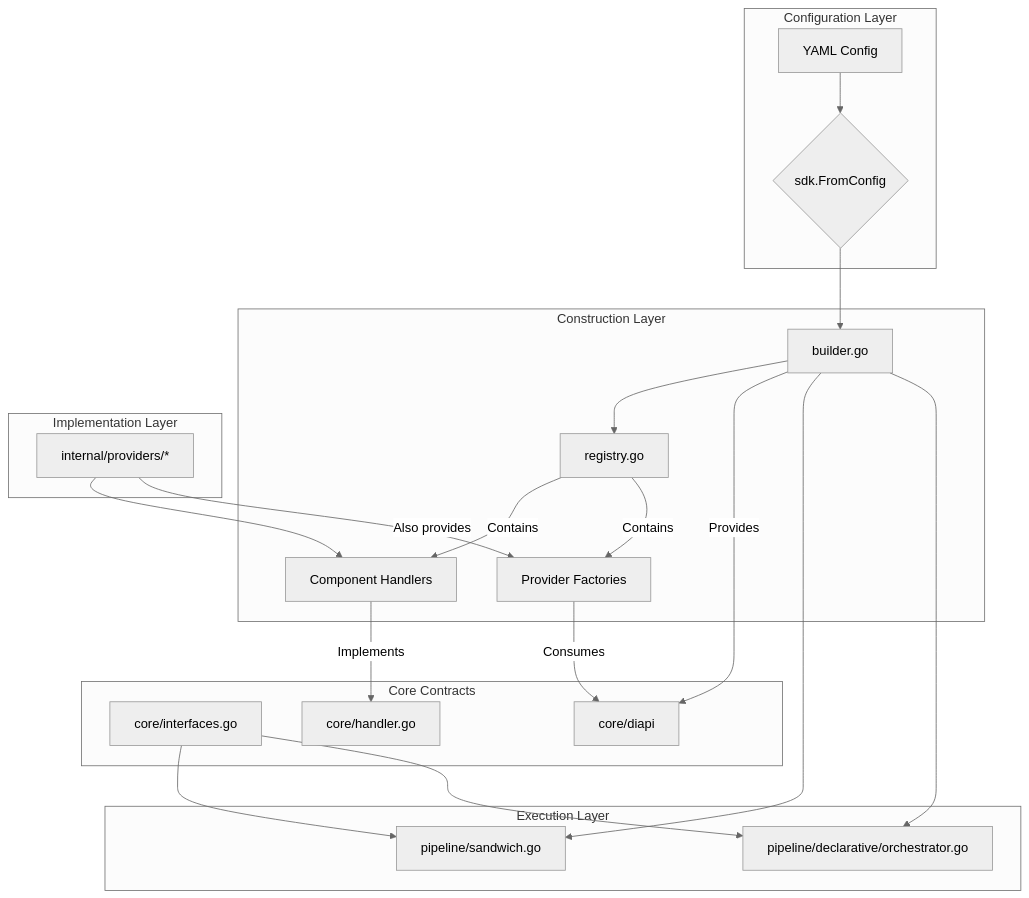
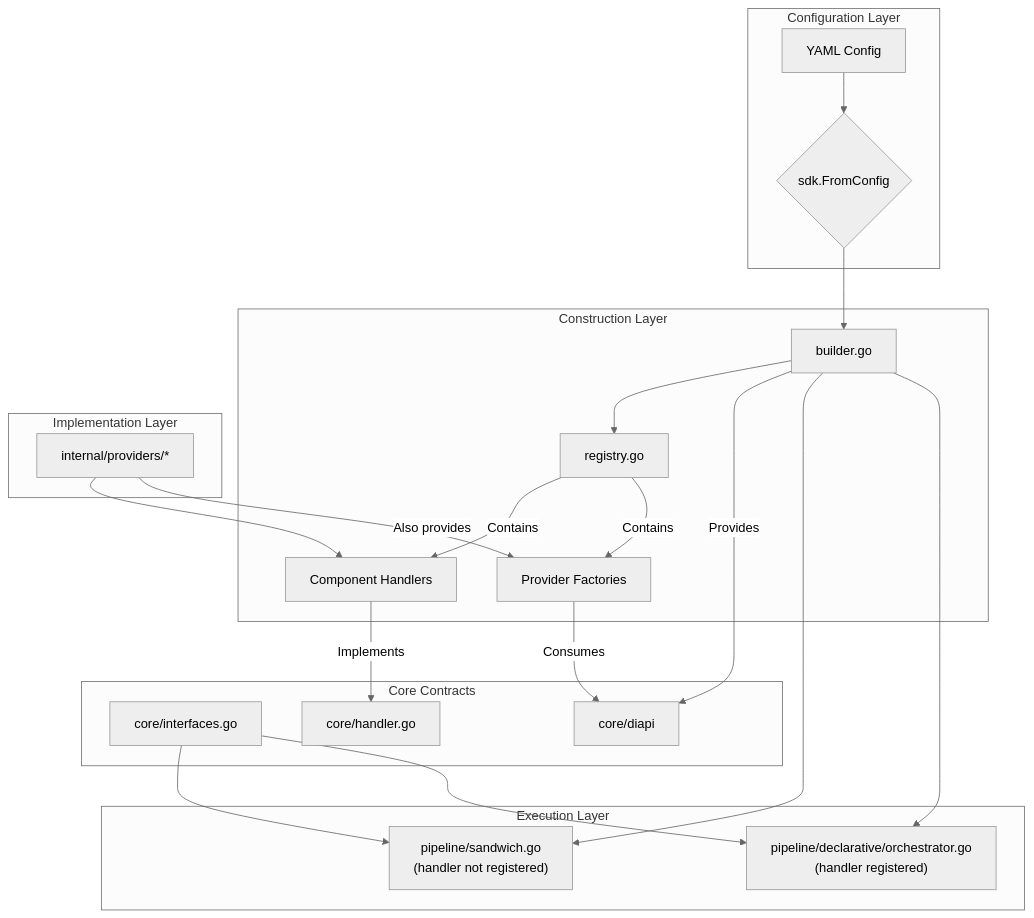
One commit to duynguyendang/manglekit changed the first of 2 diagrams in docs/LLD.md. Above: the diagram before and after it, drawn with Mermaid (neutral theme). The commit also changed other lines of this file and 7 other files, not shown here.

````diff
--- a/docs/LLD.md
+++ b/docs/LLD.md
@@ -17,37 +17,37 @@
 ```mermaid
 graph TD
     subgraph "Configuration Layer"
         A[YAML Config] --> B{sdk.FromConfig}
     end
 
     subgraph "Construction Layer"
         B --> C[builder.go]
         C --> D[registry.go]
         D -- Contains --> E[Component Handlers]
         D -- Contains --> F[Provider Factories]
     end
 
     subgraph "Core Contracts"
         G[core/interfaces.go]
         H[core/handler.go]
         I[core/diapi]
     end
 
     subgraph "Implementation Layer"
         E -- Implements --> H
         F -- Consumes --> I
         C -- Provides --> I
         J[internal/providers/*] --> E
         J -- Also provides --> F
     end
 
     subgraph "Execution Layer"
-        K[pipeline/sandwich.go]
-        L[pipeline/declarative/orchestrator.go]
+        K["pipeline/sandwich.go\n(handler not registered)"]
+        L["pipeline/declarative/orchestrator.go\n(handler registered)"]
         C --> K
         C --> L
     end
 
     G --> K
     G --> L
 ```
````
